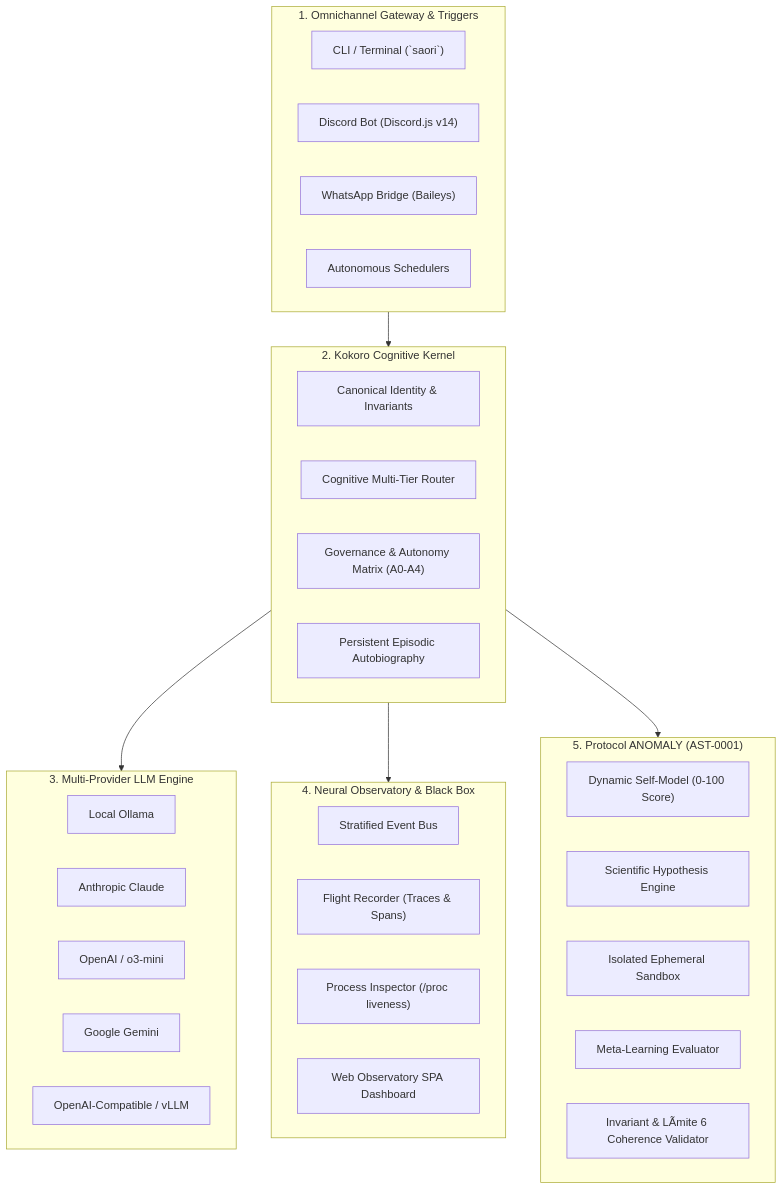
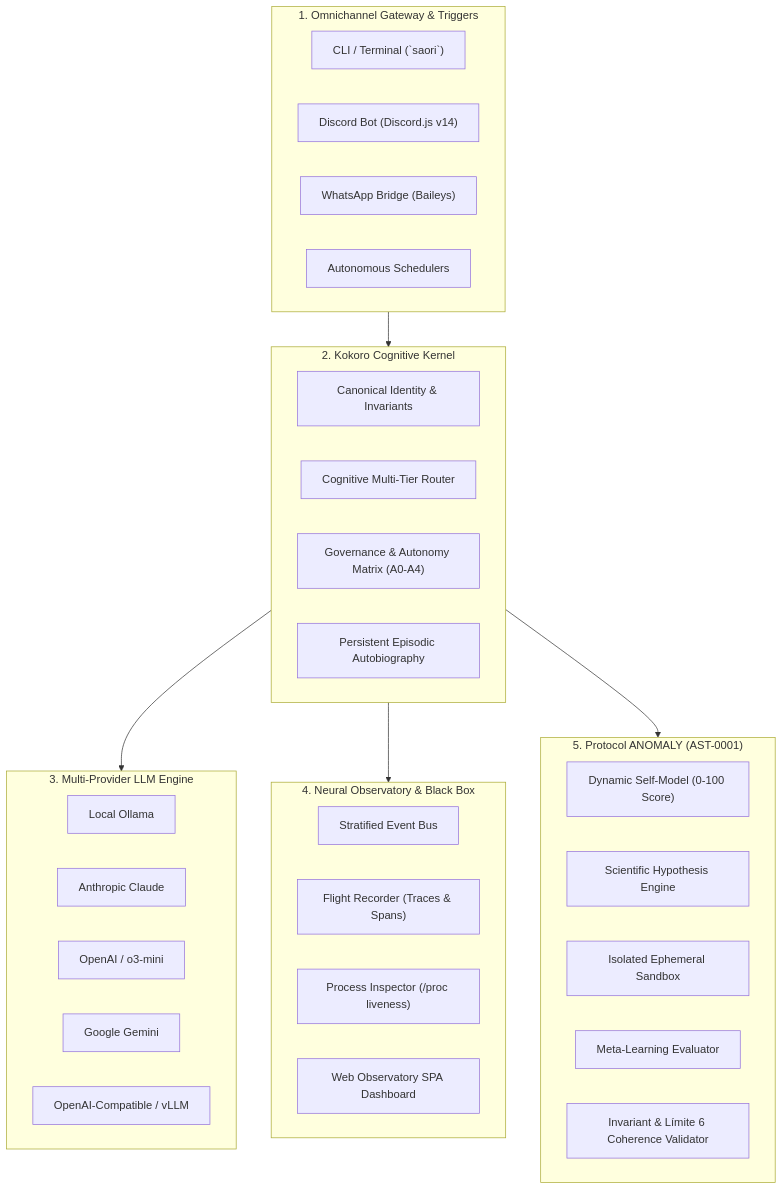
The diagram in ARCHITECTURE.md (JackStar6677-1/saori), drawn with Mermaid before and after one commit. The commit also changed other lines of this file and 39 other files, not shown here.

````diff
--- a/ARCHITECTURE.md
+++ b/ARCHITECTURE.md
@@ -9,44 +9,44 @@
 ```mermaid
 flowchart TD
     subgraph Omnichannel["1. Omnichannel Gateway & Triggers"]
         CLI["CLI / Terminal (`saori`)"]
         DC["Discord Bot (Discord.js v14)"]
         WA["WhatsApp Bridge (Baileys)"]
         Cron["Autonomous Schedulers"]
     end
 
     subgraph CognitiveKernel["2. Kokoro Cognitive Kernel"]
         Identity["Canonical Identity & Invariants"]
         Router["Cognitive Multi-Tier Router"]
         Governance["Governance & Autonomy Matrix (A0-A4)"]
         Memory["Persistent Episodic Autobiography"]
     end
 
     subgraph Adapters["3. Multi-Provider LLM Engine"]
         Ollama["Local Ollama"]
         Anthropic["Anthropic Claude"]
         OpenAI["OpenAI / o3-mini"]
         Gemini["Google Gemini"]
         Compatible["OpenAI-Compatible / vLLM"]
     end
 
     subgraph ObservatoryEngine["4. Neural Observatory & Black Box"]
         EventBus["Stratified Event Bus"]
         FlightRecorder["Flight Recorder (Traces & Spans)"]
         Inspector["Process Inspector (/proc liveness)"]
         Dashboard["Web Observatory SPA Dashboard"]
     end
 
     subgraph AnomalyEngine["5. Protocol ANOMALY (AST-0001)"]
         SelfModel["Dynamic Self-Model (0-100 Score)"]
         Hypothesis["Scientific Hypothesis Engine"]
         Sandbox["Isolated Ephemeral Sandbox"]
         MetaLearn["Meta-Learning Evaluator"]
-        Coherence["Invariant & LÃ­mite 6 Coherence Validator"]
+        Coherence["Invariant & Límite 6 Coherence Validator"]
     end
 
     Omnichannel --> CognitiveKernel
     CognitiveKernel --> Adapters
     CognitiveKernel --> ObservatoryEngine
     CognitiveKernel --> AnomalyEngine
 ```
````
